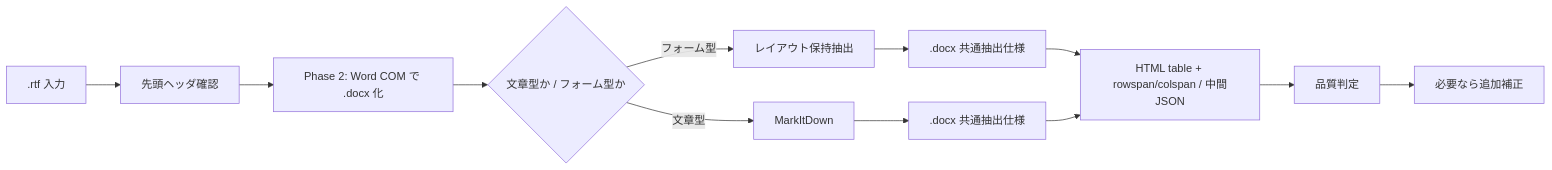
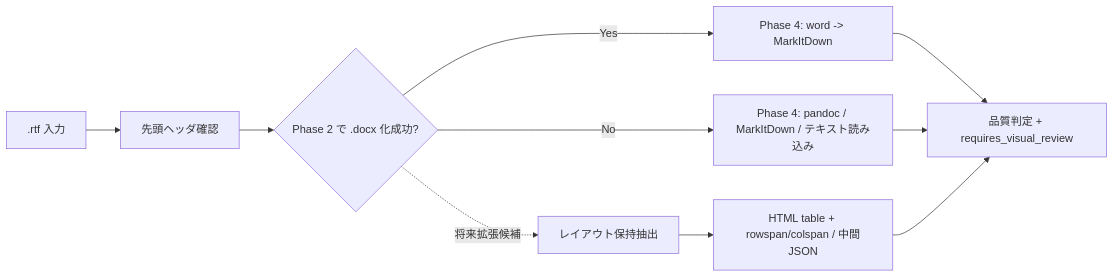
The diagram in docs/拡張子別/rtf.md (tudoumono/FileTrimming), drawn with Mermaid before and after one commit. The commit also changed other lines of this file and 7 other files, not shown here.

````diff
--- a/docs/拡張子別/rtf.md
+++ b/docs/拡張子別/rtf.md
@@ -28,14 +28,12 @@
 ```mermaid
 flowchart LR
     A[".rtf 入力"] --> B["先頭ヘッダ確認"]
-    B --> C["Phase 2: Word COM で .docx 化"]
-    C --> D{"文章型か / フォーム型か"}
-    D -->|文章型| E["MarkItDown"]
-    D -->|フォーム型| F["レイアウト保持抽出"]
-    F --> G[".docx 共通抽出仕様"]
-    E --> H[".docx 共通抽出仕様"]
-    G --> I["HTML table + rowspan/colspan / 中間JSON"]
-    H --> I
-    I --> J["品質判定"]
-    J --> K["必要なら追加補正"]
+    B --> C{"Phase 2 で .docx 化成功?"}
+    C -->|Yes| D["Phase 4: word -> MarkItDown"]
+    C -->|No| E["Phase 4: pandoc / MarkItDown / テキスト読み込み"]
+    D --> F["品質判定 + requires_visual_review"]
+    E --> F
+    C -. 将来拡張候補 .-> G["レイアウト保持抽出"]
+    G --> H["HTML table + rowspan/colspan / 中間JSON"]
+    H --> F
 ```
````
